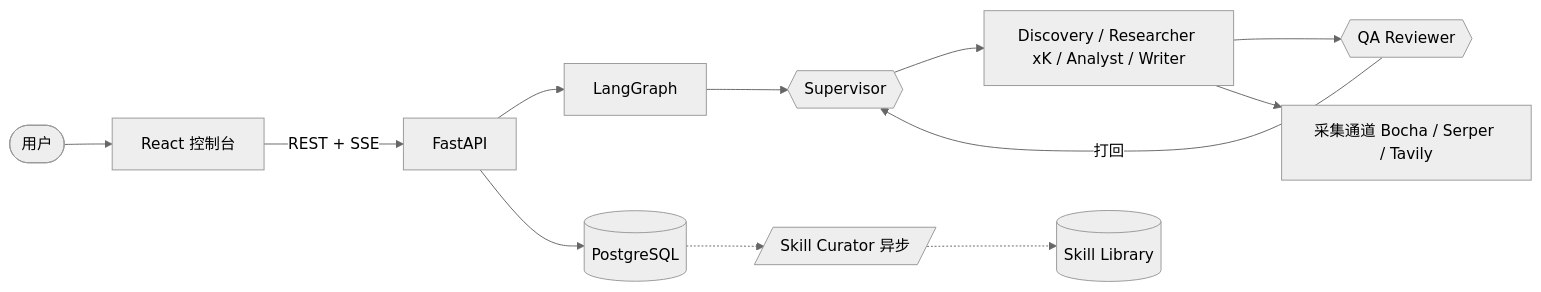
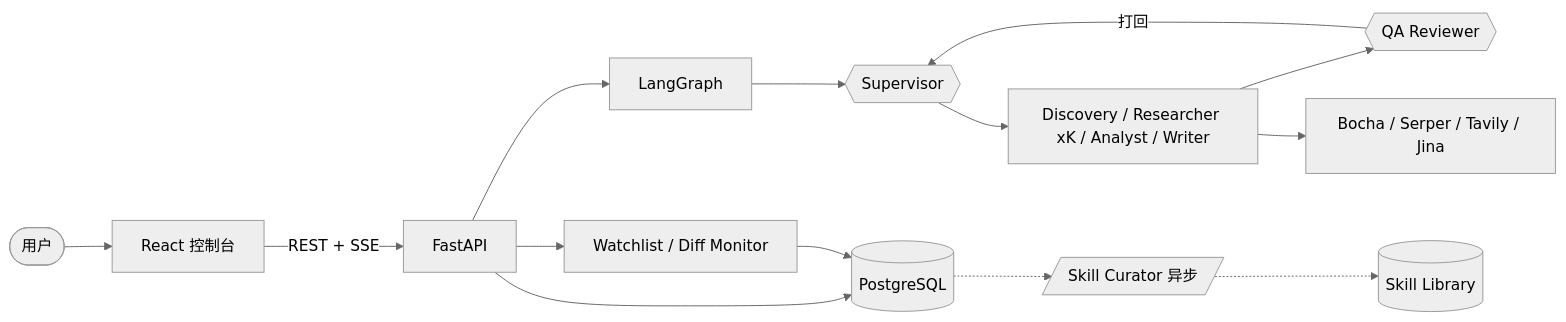
Before and after one commit to wanghong5233/RivalLens: the diagram in README.md, drawn with Mermaid (neutral theme). The commit also changed other lines of this file, not shown here.

````diff
--- a/README.md
+++ b/README.md
@@ -45,14 +45,16 @@
 ```mermaid
 flowchart LR
     User([用户]) --> FE[React 控制台]
     FE -->|REST + SSE| API[FastAPI]
     API --> Graph[LangGraph]
     Graph --> Sup{{Supervisor}}
     Sup --> Exec[Discovery / Researcher xK / Analyst / Writer]
     Exec --> QA{{QA Reviewer}}
     QA -->|打回| Sup
-    Exec --> Collector[采集通道 Bocha / Serper / Tavily]
+    Exec --> Collector[Bocha / Serper / Tavily / Jina]
     API --> PG[(PostgreSQL)]
+    API --> Watch[Watchlist / Diff Monitor]
+    Watch --> PG
     PG -.-> Curator[/Skill Curator 异步/]
     Curator -.-> Skills[(Skill Library)]
 ```
````
